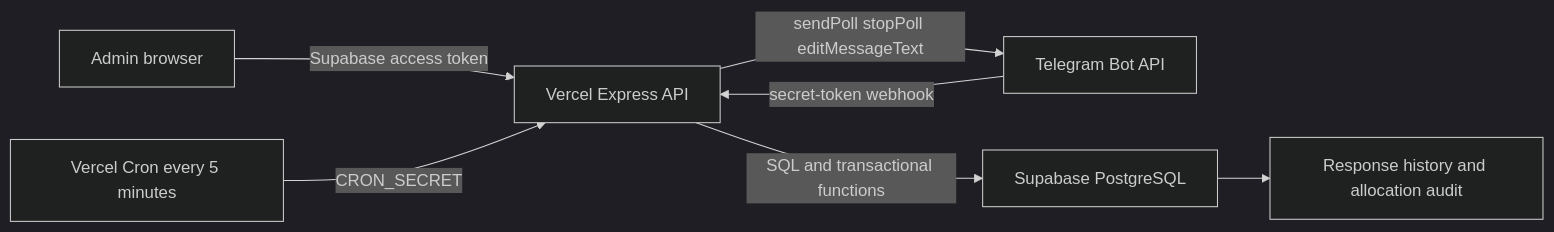
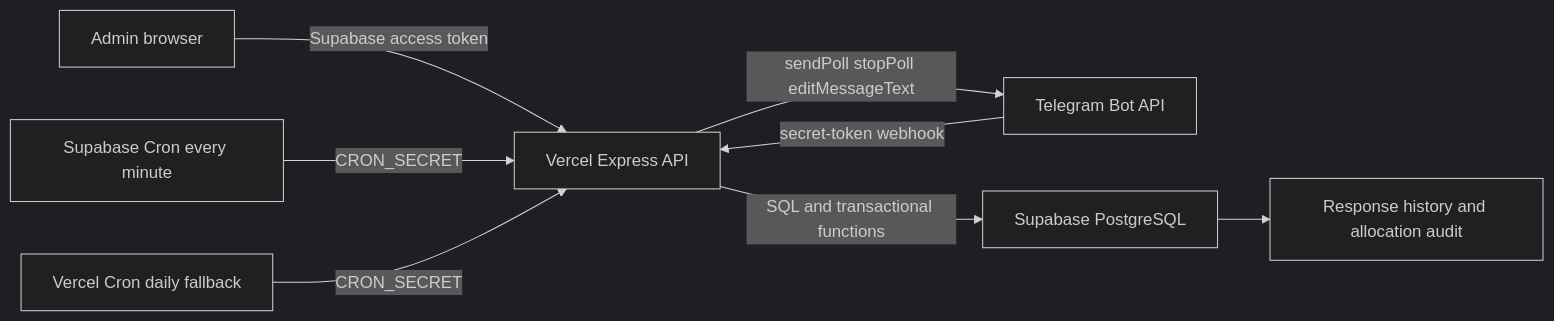
One commit to Kishore423/gtrsg-poll-bot changed the diagram in DEPLOY.md. Above: the diagram before and after it, drawn with Mermaid (dark theme). The commit also changed other lines of this file and 11 other files, not shown here.

````diff
--- a/DEPLOY.md
+++ b/DEPLOY.md
@@ -5,9 +5,10 @@
 ```mermaid
 flowchart LR
   A[Admin browser] -->|Supabase access token| V[Vercel Express API]
   T[Telegram Bot API] -->|secret-token webhook| V
-  C[Vercel Cron every 5 minutes] -->|CRON_SECRET| V
+  C[Supabase Cron every minute] -->|CRON_SECRET| V
+  F[Vercel Cron daily fallback] -->|CRON_SECRET| V
   V -->|SQL and transactional functions| S[Supabase PostgreSQL]
   V -->|sendPoll stopPoll editMessageText| T
   S --> R[Response history and allocation audit]
 ```
````
